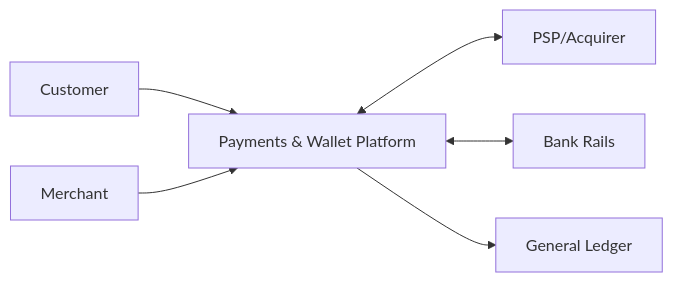
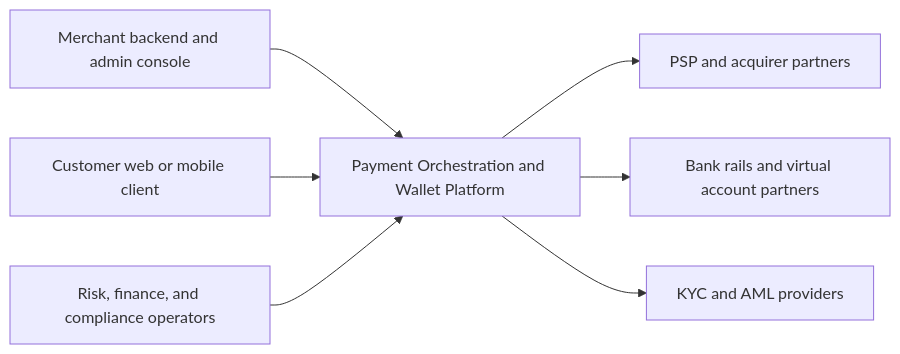
Before and after one commit to 0Ankit0/Project-Ideas: the first of 4 diagrams in Payment Orchestration and Wallet Platform/high-level-design/c4-diagrams.md, drawn with Mermaid. The commit also changed other lines of this file and 15 other files, not shown here.

Commit message:
Update Payment Orchestration and Wallet Platform: analysis docs

````diff
--- a/Payment Orchestration and Wallet Platform/high-level-design/c4-diagrams.md
+++ b/Payment Orchestration and Wallet Platform/high-level-design/c4-diagrams.md
@@ -4,8 +7,17 @@
 ```mermaid
 flowchart LR
-    Customer --> POWP[Payments & Wallet Platform]
+    Merchant[Merchant backend and admin console]
+    Customer[Customer web or mobile client]
+    PSP[PSP and acquirer partners]
+    Bank[Bank rails and virtual account partners]
+    KYC[KYC and AML providers]
+    Ops[Risk, finance, and compliance operators]
+    POWP[Payment Orchestration and Wallet Platform]
+
     Merchant --> POWP
-    POWP <--> PSP[PSP/Acquirer]
-    POWP <--> Bank[Bank Rails]
-    POWP --> GL[General Ledger]
+    Customer --> POWP
+    POWP --> PSP
+    POWP --> Bank
+    POWP --> KYC
+    Ops --> POWP
 ```
````
